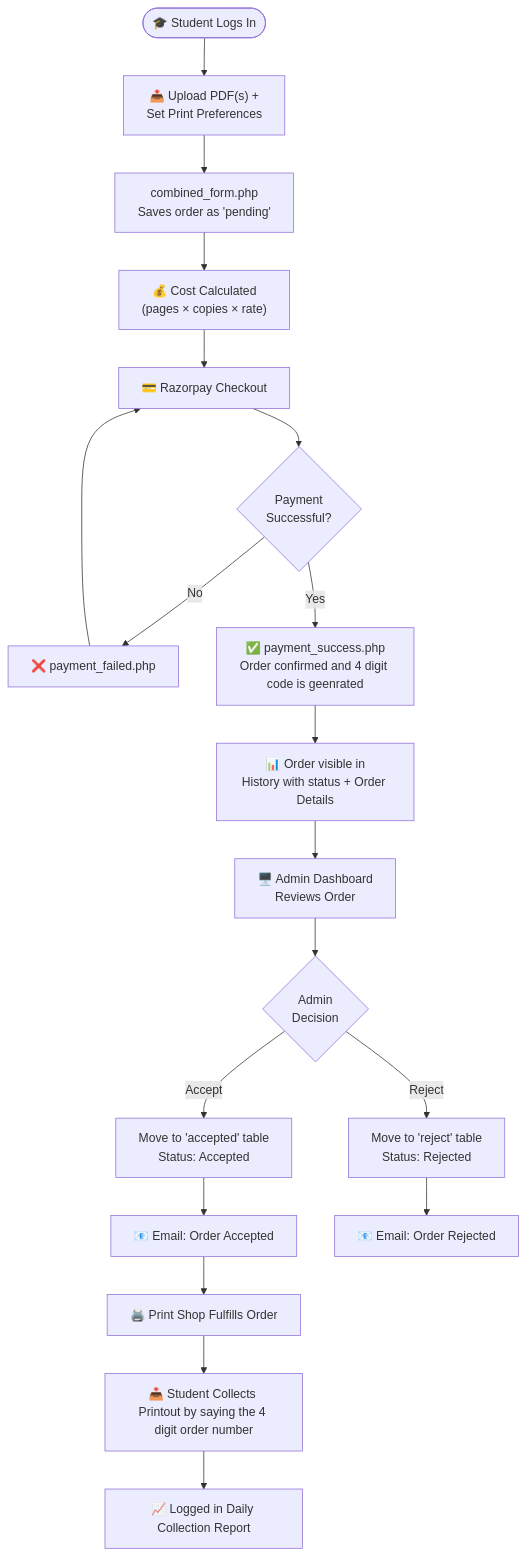
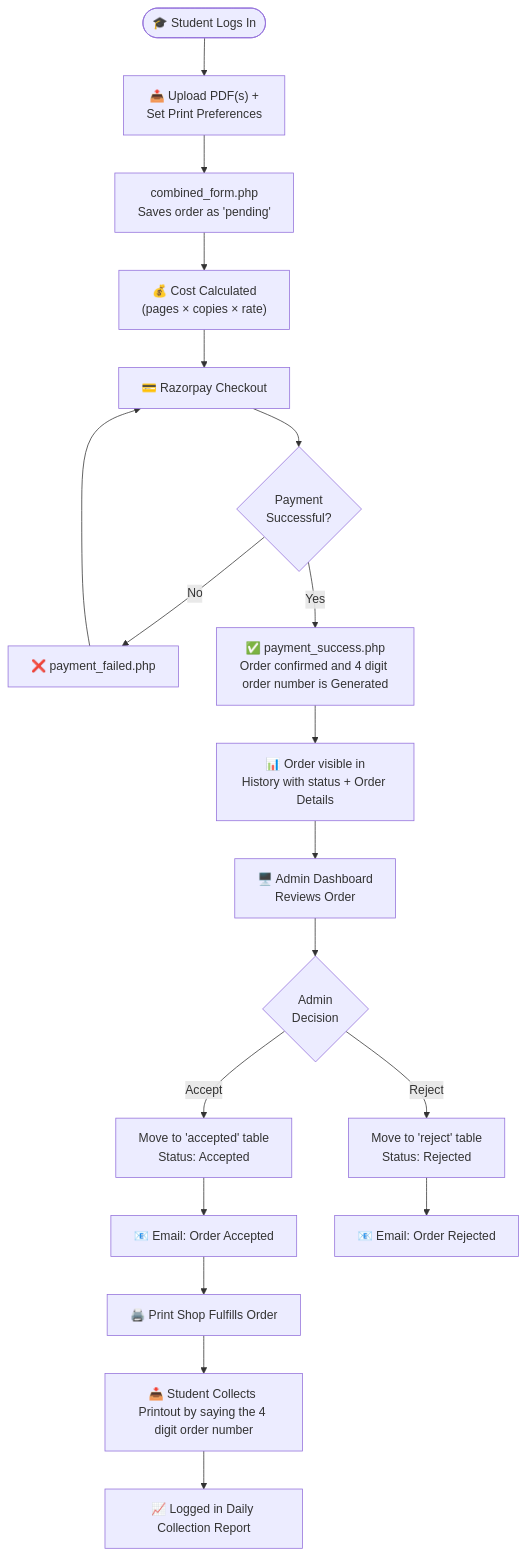
Before and after one commit to Soorya-SS-01/Student-Print-Service: the second of 2 diagrams in README.md, drawn with Mermaid.

````diff
--- a/README.md
+++ b/README.md
@@ -162,24 +162,24 @@
 ```mermaid
 flowchart TD
     A(["🎓 Student Logs In"]) --> B["📤 Upload PDF(s) +\nSet Print Preferences"]
     B --> C["combined_form.php\nSaves order as 'pending'"]
     C --> D["💰 Cost Calculated\n(pages × copies × rate)"]
     D --> E["💳 Razorpay Checkout"]
     E --> F{"Payment\nSuccessful?"}
     F -- "No" --> G["❌ payment_failed.php"]
     G --> E
-    F -- "Yes" --> H["✅ payment_success.php\nOrder confirmed and 4 digit code is geenrated"]
+    F -- "Yes" --> H["✅ payment_success.php\nOrder confirmed and 4 digit order number is Generated"]
     H --> I["📊 Order visible in\nHistory with status + Order Details"]
 
     I --> J["🖥️ Admin Dashboard\nReviews Order"]
     J --> K{"Admin\nDecision"}
     K -- "Accept" --> L["Move to 'accepted' table\nStatus: Accepted"]
     K -- "Reject" --> M["Move to 'reject' table\nStatus: Rejected"]
 
     L --> N["📧 Email: Order Accepted"]
     M --> O["📧 Email: Order Rejected"]
 
     N --> P["🖨️ Print Shop Fulfills Order"]
     P --> Q["📥 Student Collects Printout by saying the 4 digit order number"]
     Q --> R["📈 Logged in Daily Collection Report"]
 ```
````
